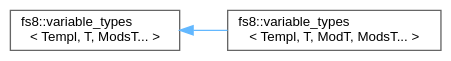
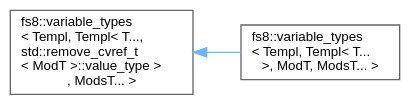
One commit to the-moisrex/foresight changed the diagram in api/inherit_graph_139.dot. Above: the diagram before and after it, drawn with Graphviz. The commit also changed 165 other files, not shown here.

```diff
--- a/api/inherit_graph_139.dot
+++ b/api/inherit_graph_139.dot
@@ -1,11 +1,11 @@
 digraph "Graphical Class Hierarchy"
 {
  // LATEX_PDF_SIZE
   bgcolor="transparent";
   edge [fontname=Helvetica,fontsize=10,labelfontname=Helvetica,labelfontsize=10];
   node [fontname=Helvetica,fontsize=10,shape=box,height=0.2,width=0.4];
   rankdir="LR";
-  Node0 [id="Node000000",label="fs8::variable_types\l\< Templ, T, ModsT... \>",height=0.2,width=0.4,color="grey40", fillcolor="white", style="filled",URL="$structfs8_1_1variable__types.html",tooltip=" "];
-  Node0 -> Node1 [id="edge139_Node000000_Node000001",dir="back",color="steelblue1",style="solid",tooltip=" "];
-  Node1 [id="Node000001",label="fs8::variable_types\l\< Templ, T, ModT, ModsT... \>",height=0.2,width=0.4,color="grey40", fillcolor="white", style="filled",URL="$structfs8_1_1variable__types_3_01Templ_00_01T_00_01ModT_00_01ModsT_8_8_8_01_4.html",tooltip=" "];
+  Node0 [id="Node000000",label="fs8::variable_types\l\< Templ, Templ\< T...,\l std::remove_cvref_t\l\< ModT \>::value_type \>\l, ModsT... \>",height=0.2,width=0.4,color="grey40", fillcolor="white", style="filled",URL="$structfs8_1_1variable__types.html",tooltip=" "];
+  Node0 -> Node1 [id="edge140_Node000000_Node000001",dir="back",color="steelblue1",style="solid",tooltip=" "];
+  Node1 [id="Node000001",label="fs8::variable_types\l\< Templ, Templ\< T...\l \>, ModT, ModsT... \>",height=0.2,width=0.4,color="grey40", fillcolor="white", style="filled",URL="$structfs8_1_1variable__types_3_01Templ_00_01Templ_3_01T_8_8_8_01_4_00_01ModT_00_01ModsT_8_8_8_01_4.html",tooltip=" "];
 }
```
